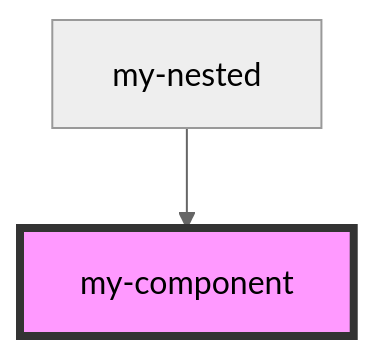
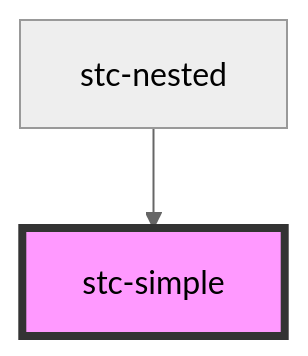
The diagram in src/components/my-component/readme.md (cary-smith/stencil-component-starter), drawn with Mermaid (neutral theme) before and after one commit. The commit also changed other lines of this file and 16 other files, not shown here.

````diff
--- a/src/components/my-component/readme.md
+++ b/src/components/my-component/readme.md
@@ -15,5 +15,5 @@
 ```mermaid
 graph TD;
-  my-nested --> my-component
-  style my-component fill:#f9f,stroke:#333,stroke-width:4px
+  stc-nested --> stc-simple
+  style stc-simple fill:#f9f,stroke:#333,stroke-width:4px
 ```
````
